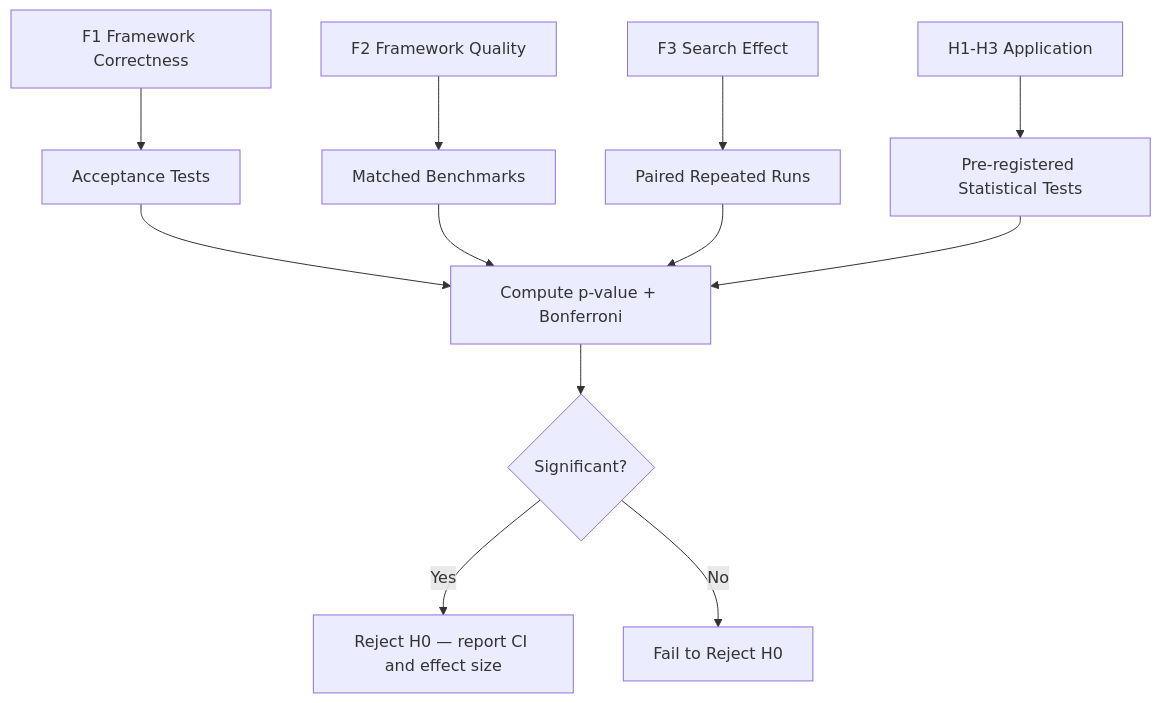
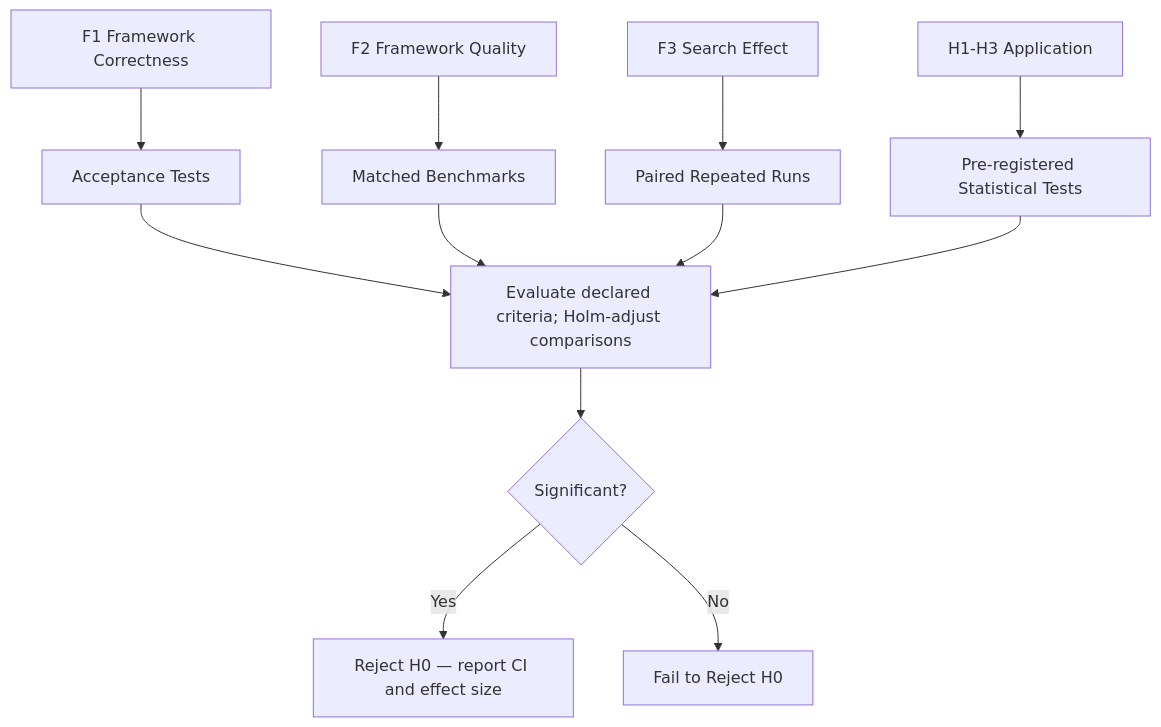
The third of 3 diagrams in plans/08-Research-Report/02-Methodology/03-hypotheses.md (Evintkoo/2048-ml), drawn with Mermaid before and after one commit. The commit also changed other lines of this file and 157 other files, not shown here.

````diff
--- a/plans/08-Research-Report/02-Methodology/03-hypotheses.md
+++ b/plans/08-Research-Report/02-Methodology/03-hypotheses.md
@@ -102,16 +102,16 @@
 ```mermaid
 flowchart TD
     A[F1 Framework Correctness] --> B[Acceptance Tests]
     C[F2 Framework Quality] --> D[Matched Benchmarks]
     E[F3 Search Effect] --> F[Paired Repeated Runs]
     G[H1-H3 Application] --> H[Pre-registered Statistical Tests]
     
-    B --> I[Compute p-value + Bonferroni]
+    B --> I[Evaluate declared criteria; Holm-adjust comparisons]
     D --> I
     F --> I
     H --> I
     
     I --> J{Significant?}
     J -->|Yes| K[Reject H0 — report CI and effect size]
     J -->|No| L[Fail to Reject H0]
 ```
````
